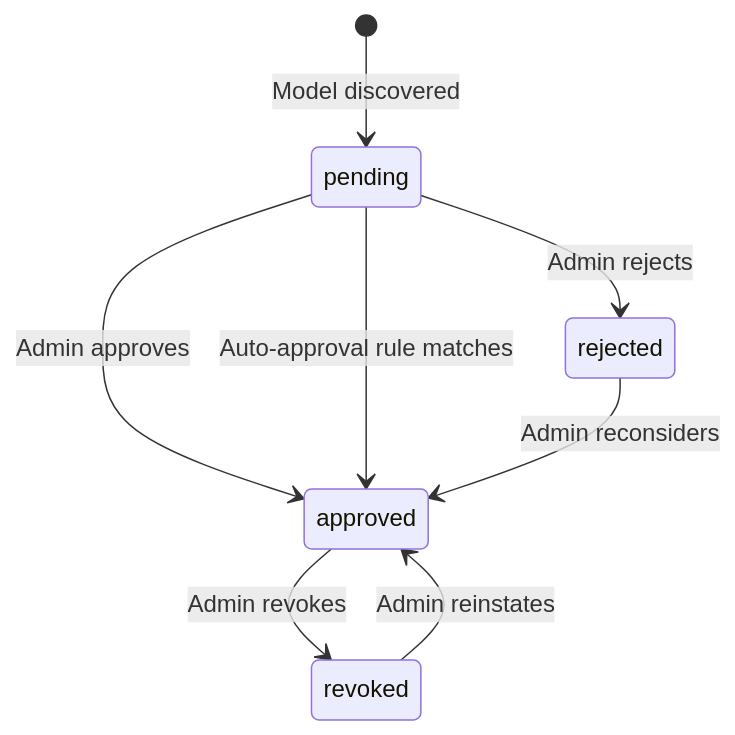
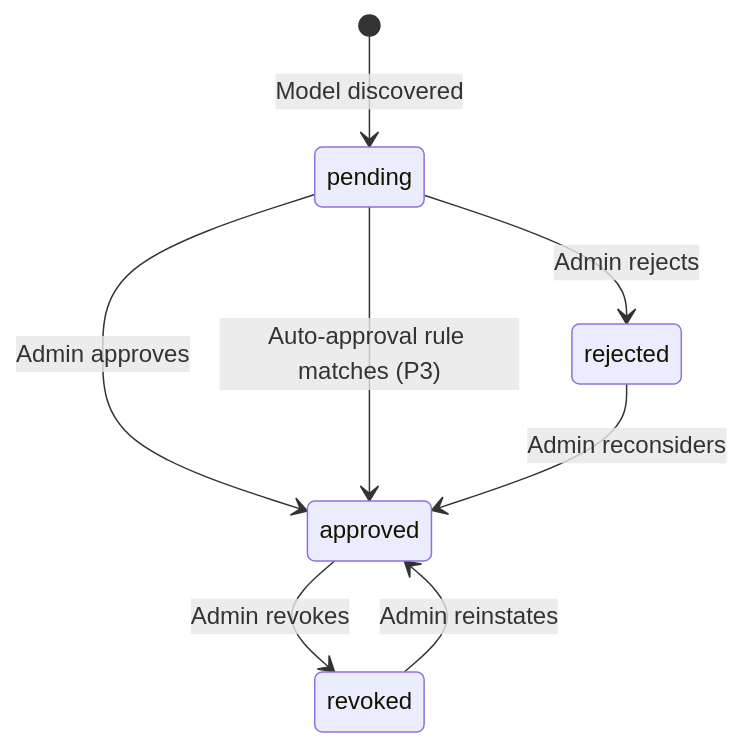
One commit to Qilin101/cyberfabric-core changed the diagram in modules/model-registry/docs/PRD.md. Above: the diagram before and after it, drawn with Mermaid. The commit also changed other lines of this file and 7 other files, not shown here.

````diff
--- a/modules/model-registry/docs/PRD.md
+++ b/modules/model-registry/docs/PRD.md
@@ -292,10 +298,10 @@
 ```mermaid
 stateDiagram-v2
     [*] --> pending: Model discovered
     pending --> approved: Admin approves
-    pending --> approved: Auto-approval rule matches
+    pending --> approved: Auto-approval rule matches (P3)
     pending --> rejected: Admin rejects
     approved --> revoked: Admin revokes
     rejected --> approved: Admin reconsiders
     revoked --> approved: Admin reinstates
 ```
````
